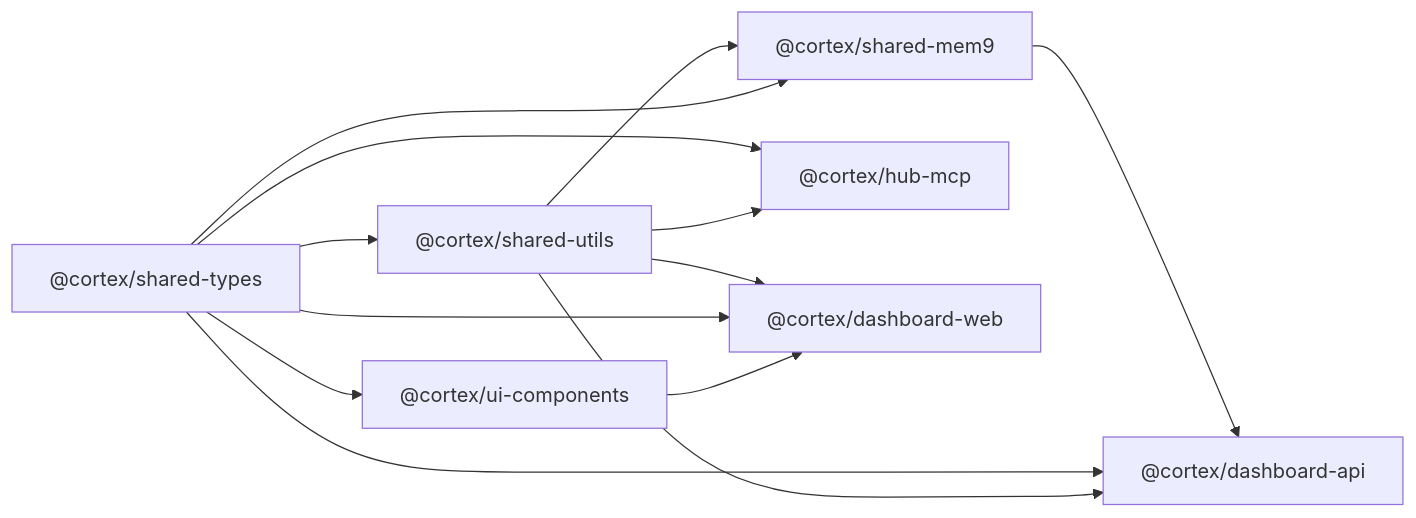
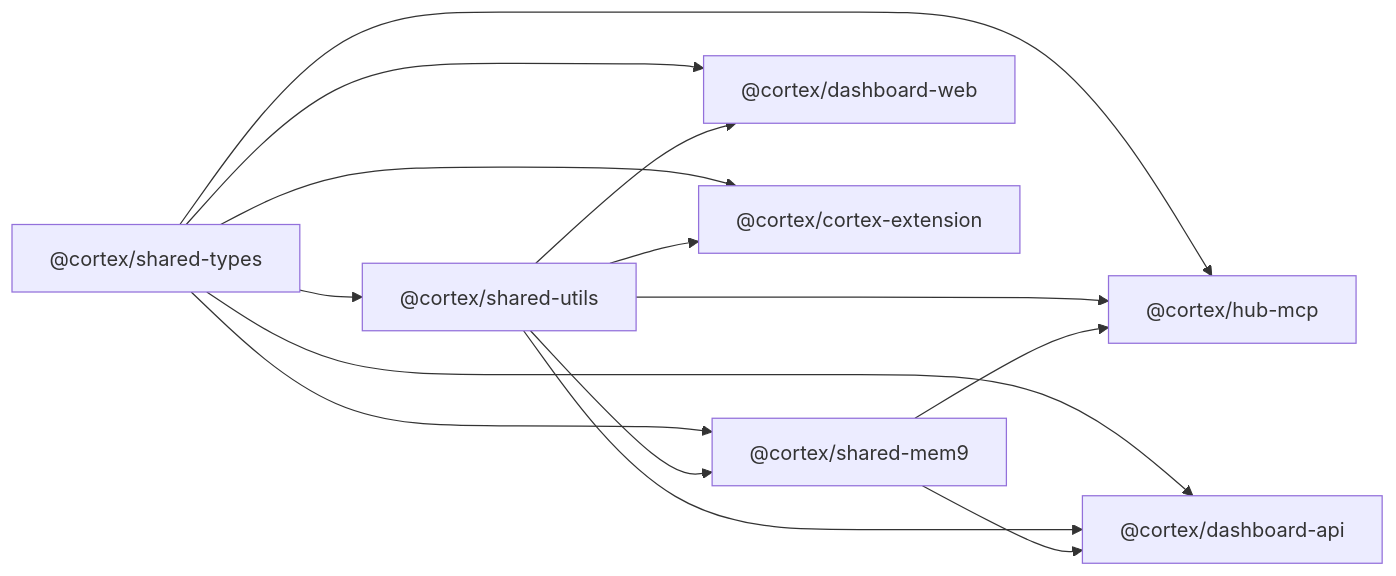
Before and after one commit to tk1cntt/cortex-hub: the diagram in docs/architecture/monorepo-structure.md, drawn with Mermaid. The commit also changed other lines of this file, not shown here.

````diff
--- a/docs/architecture/monorepo-structure.md
+++ b/docs/architecture/monorepo-structure.md
@@ -151,15 +134,16 @@
 ```mermaid
 graph LR
     ST["@cortex/shared-types"] --> SU["@cortex/shared-utils"]
-    ST --> UI["@cortex/ui-components"]
     ST --> M9["@cortex/shared-mem9"]
     SU --> M9
-    SU --> HUB["@cortex/hub-mcp"]
-    ST --> HUB
-    SU --> API["@cortex/dashboard-api"]
-    ST --> API
-    M9 --> API
-    UI --> WEB["@cortex/dashboard-web"]
-    ST --> WEB
-    SU --> WEB
+    ST --> HM["@cortex/hub-mcp"]
+    SU --> HM
+    M9 --> HM
+    ST --> DA["@cortex/dashboard-api"]
+    SU --> DA
+    M9 --> DA
+    ST --> DW["@cortex/dashboard-web"]
+    SU --> DW
+    ST --> CE["@cortex/cortex-extension"]
+    SU --> CE
 ```
````
